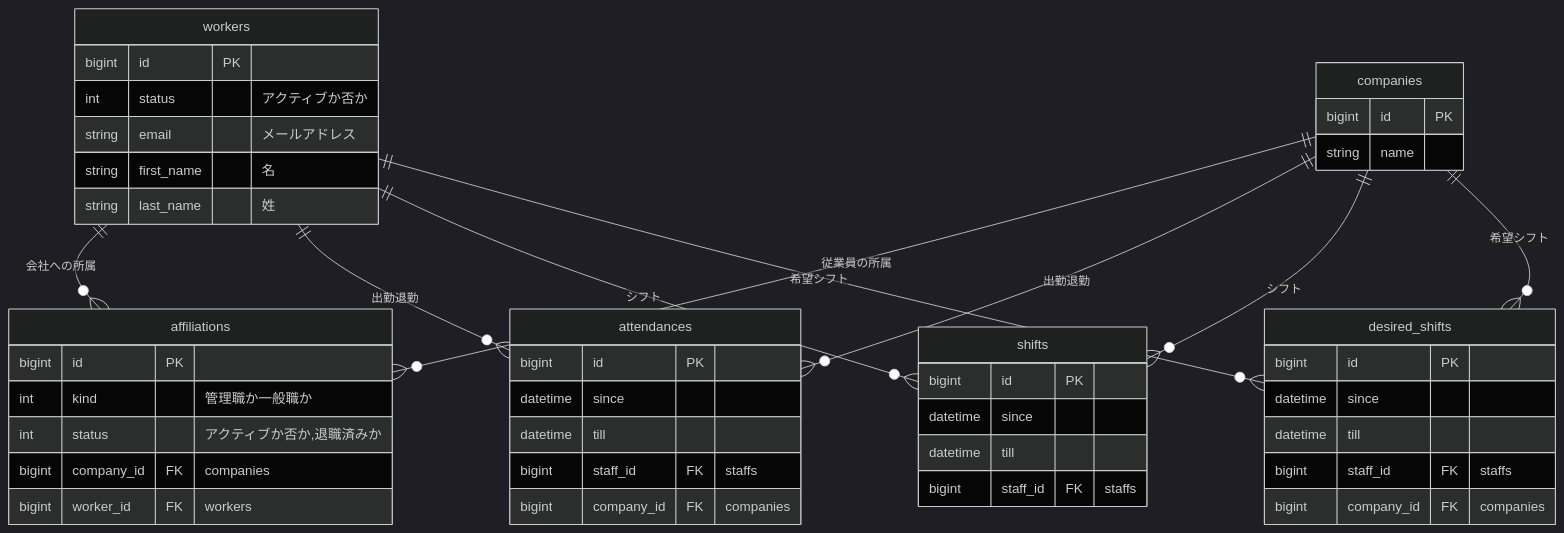
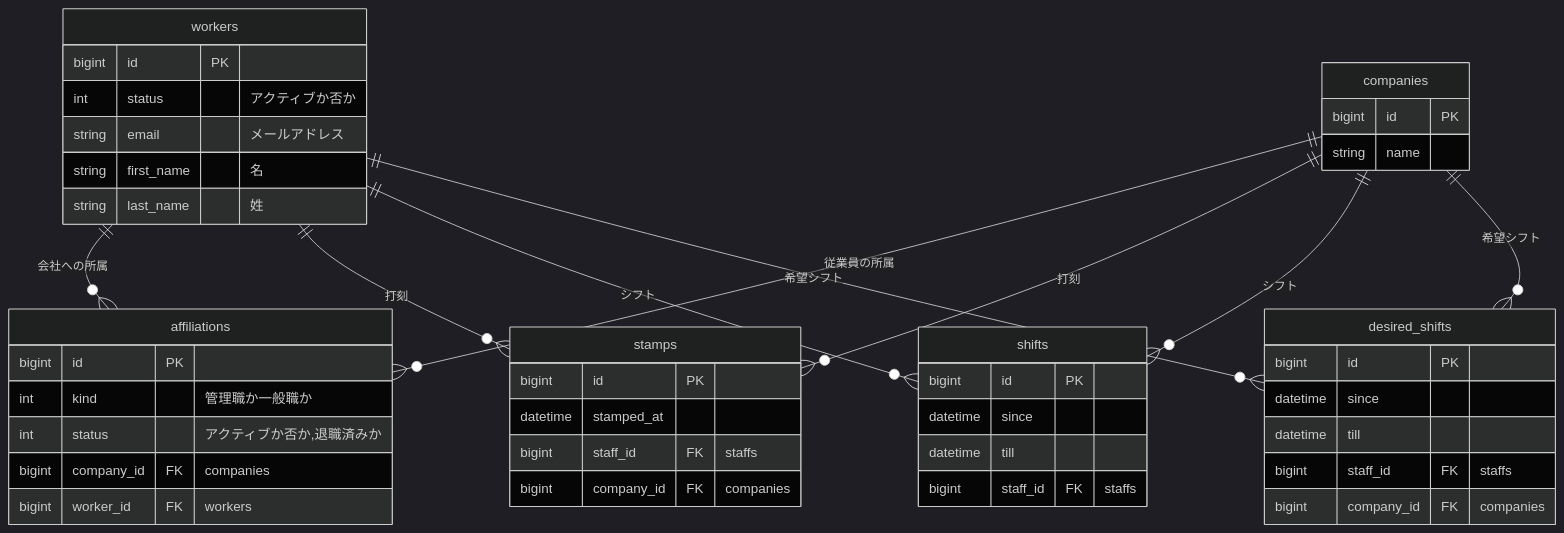
One commit to piny940/kintai changed the diagram in db/er.md. Above: the diagram before and after it, drawn with Mermaid (dark theme).

Commit message:
打刻を表すテーブルの名前を修正 (#3)

````diff
--- a/db/er.md
+++ b/db/er.md
@@ -1,52 +1,51 @@
 ```mermaid
 erDiagram
   companies ||--o{ affiliations : "従業員の所属"
   workers ||--o{ affiliations : "会社への所属"
-  workers ||--o{ attendances : "出勤退勤"
+  workers ||--o{ stamps : "打刻"
   workers ||--o{ shifts : "シフト"
   workers ||--o{ desired_shifts : "希望シフト"
-  companies ||--o{ attendances : "出勤退勤"
+  companies ||--o{ stamps : "打刻"
   companies ||--o{ shifts : "シフト"
   companies ||--o{ desired_shifts : "希望シフト"
 
   companies {
     bigint id PK
     string name
   }
   affiliations {
     bigint id PK
     int kind "管理職か一般職か"
     int status "アクティブか否か,退職済みか"
     bigint company_id FK "companies"
     bigint worker_id FK "workers"
   }
   workers {
     bigint id PK
     int status "アクティブか否か"
     string email "メールアドレス"
     string first_name "名"
     string last_name "姓"
   }
 
-  attendances {
+  stamps {
     bigint id PK
-    datetime since
-    datetime till
+    datetime stamped_at
     bigint staff_id FK "staffs"
     bigint company_id FK "companies"
   }
 
   shifts {
     bigint id PK
     datetime since
     datetime till
     bigint staff_id FK "staffs"
   }
   desired_shifts {
     bigint id PK
     datetime since
     datetime till
     bigint staff_id FK "staffs"
     bigint company_id FK "companies"
   }
 ```
````
